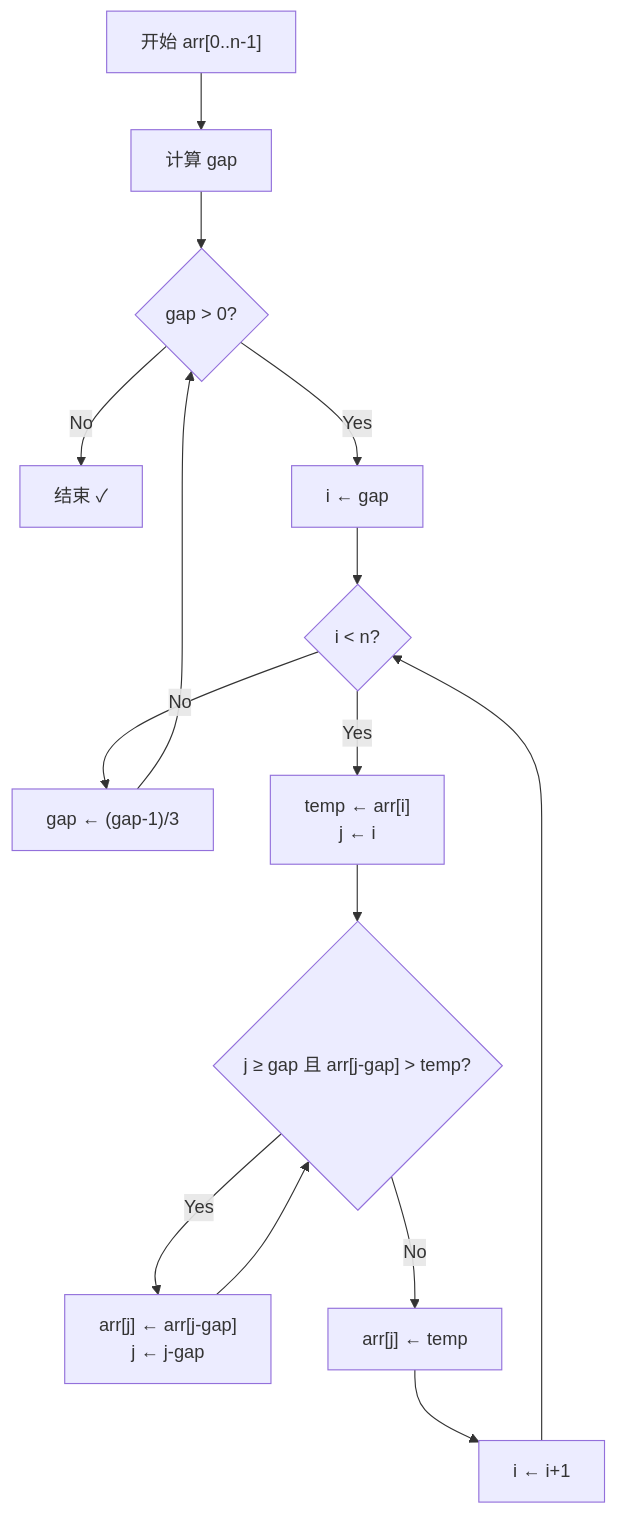
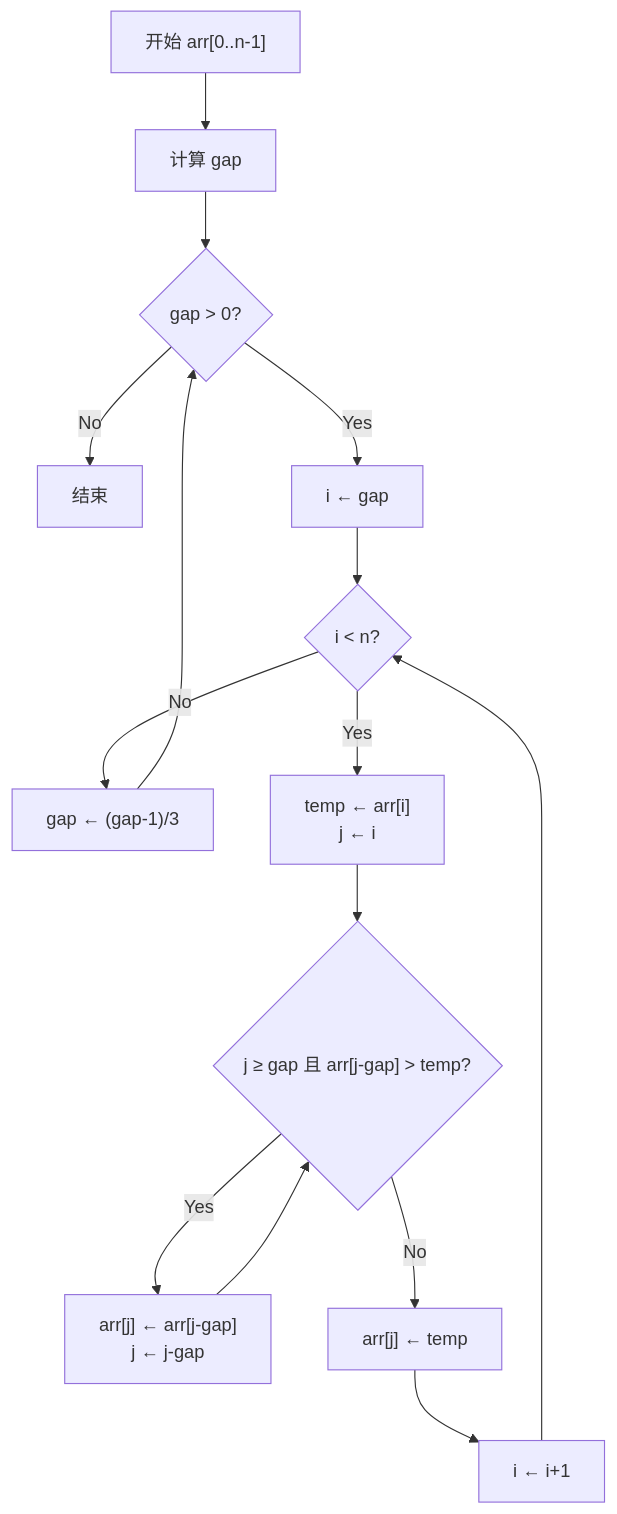
The fourth of 8 diagrams in 数据结构/H_排序_八大排序_Sorting.md (missercatos/RootStack), drawn with Mermaid before and after one commit. The commit also changed other lines of this file and 605 other files, not shown here.

````diff
--- a/数据结构/H_排序_八大排序_Sorting.md
+++ b/数据结构/H_排序_八大排序_Sorting.md
@@ -245,17 +245,17 @@
 ```mermaid
 graph TD
-    A["开始 arr[0..n-1]"] --> B["计算 gap"]
-    B --> C{"gap > 0?"}
-    C -->|No| D["结束 ✓"]
-    C -->|Yes| E["i ← gap"]
-    E --> F{"i < n?"}
-    F -->|No| G["gap ← (gap-1)/3"]
-    G --> C
-    F -->|Yes| H["temp ← arr[i]\nj ← i"]
-    H --> I{"j ≥ gap 且 arr[j-gap] > temp?"}
-    I -->|Yes| J["arr[j] ← arr[j-gap]\nj ← j-gap"]
-    J --> I
-    I -->|No| K["arr[j] ← temp"]
-    K --> L["i ← i+1"]
-    L --> F
+ A["开始 arr[0..n-1]"] --> B["计算 gap"]
+ B --> C{"gap > 0?"}
+ C -->|No| D["结束 "]
+ C -->|Yes| E["i ← gap"]
+ E --> F{"i < n?"}
+ F -->|No| G["gap ← (gap-1)/3"]
+ G --> C
+ F -->|Yes| H["temp ← arr[i]\nj ← i"]
+ H --> I{"j ≥ gap 且 arr[j-gap] > temp?"}
+ I -->|Yes| J["arr[j] ← arr[j-gap]\nj ← j-gap"]
+ J --> I
+ I -->|No| K["arr[j] ← temp"]
+ K --> L["i ← i+1"]
+ L --> F
 ```
````
